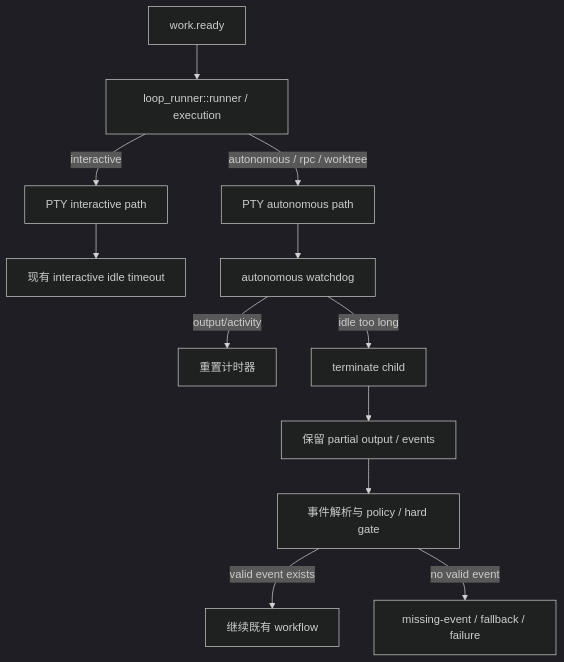
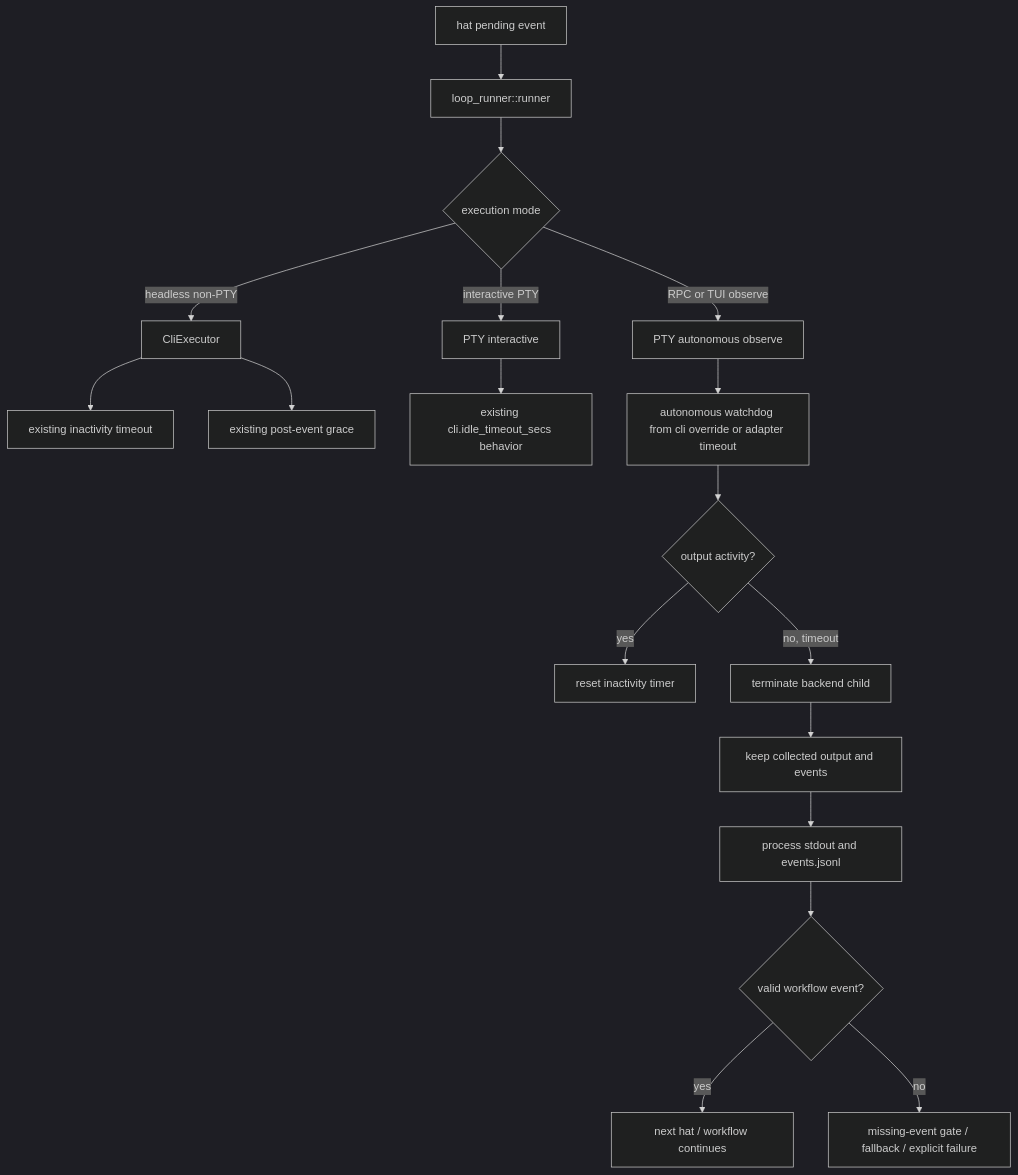
The diagram in docs/plans/2026-06-06-001-fix-autonomous-pty-timeout-plan.md (pittcat/ralph-orchestrator), drawn with Mermaid (dark theme) before and after one commit. The commit also changed other lines of this file and 3 other files, not shown here.

First line of the commit message:
docs(cli,config): 暴露 --autonomous-idle-timeout 与 cli.* 超时配置

````diff
--- a/docs/plans/2026-06-06-001-fix-autonomous-pty-timeout-plan.md
+++ b/docs/plans/2026-06-06-001-fix-autonomous-pty-timeout-plan.md
@@ -110,14 +128,24 @@
 ```mermaid
 flowchart TD
-    WorkReady[work.ready] --> Runner[loop_runner::runner / execution]
-    Runner -->|interactive| PTYInteractive[PTY interactive path]
-    Runner -->|autonomous / rpc / worktree| PTYAutonomous[PTY autonomous path]
-    PTYInteractive --> ExistingTimeout[现有 interactive idle timeout]
-    PTYAutonomous --> Watchdog[autonomous watchdog]
-    Watchdog -->|output/activity| Reset[重置计时器]
-    Watchdog -->|idle too long| Terminate[terminate child]
-    Terminate --> Preserve[保留 partial output / events]
-    Preserve --> Parse[事件解析与 policy / hard gate]
-    Parse -->|valid event exists| Continue[继续既有 workflow]
-    Parse -->|no valid event| Recovery[missing-event / fallback / failure]
+    Start[hat pending event] --> Runner[loop_runner::runner]
+    Runner --> Mode{execution mode}
+    Mode -->|headless non-PTY| Cli[CliExecutor]
+    Mode -->|interactive PTY| Interactive[PTY interactive]
+    Mode -->|RPC or TUI observe| Autonomous[PTY autonomous observe]
+
+    Cli --> CliTimeout[existing inactivity timeout]
+    Cli --> CliPostEvent[existing post-event grace]
+
+    Interactive --> InteractiveTimeout[existing cli.idle_timeout_secs behavior]
+
+    Autonomous --> AutoTimeout[autonomous watchdog from cli override or adapter timeout]
+    AutoTimeout --> Activity{output activity?}
+    Activity -->|yes| Reset[reset inactivity timer]
+    Activity -->|no, timeout| KillChild[terminate backend child]
+
+    KillChild --> Preserve[keep collected output and events]
+    Preserve --> Parse[process stdout and events.jsonl]
+    Parse --> Valid{valid workflow event?}
+    Valid -->|yes| Continue[next hat / workflow continues]
+    Valid -->|no| Recover[missing-event gate / fallback / explicit failure]
 ```
````
